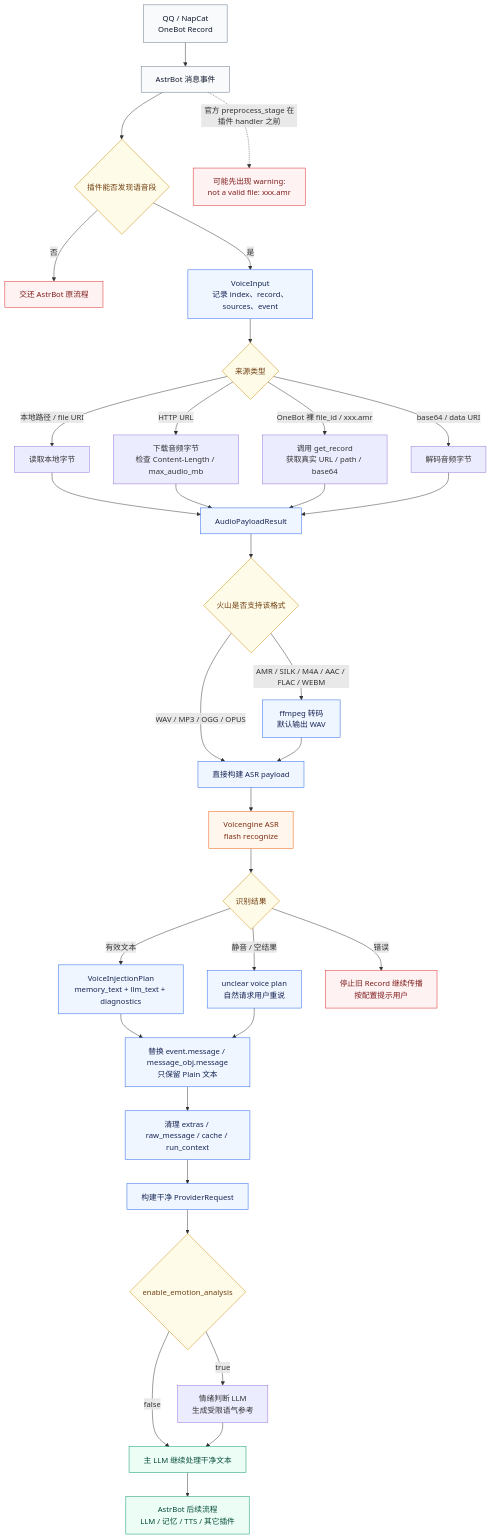
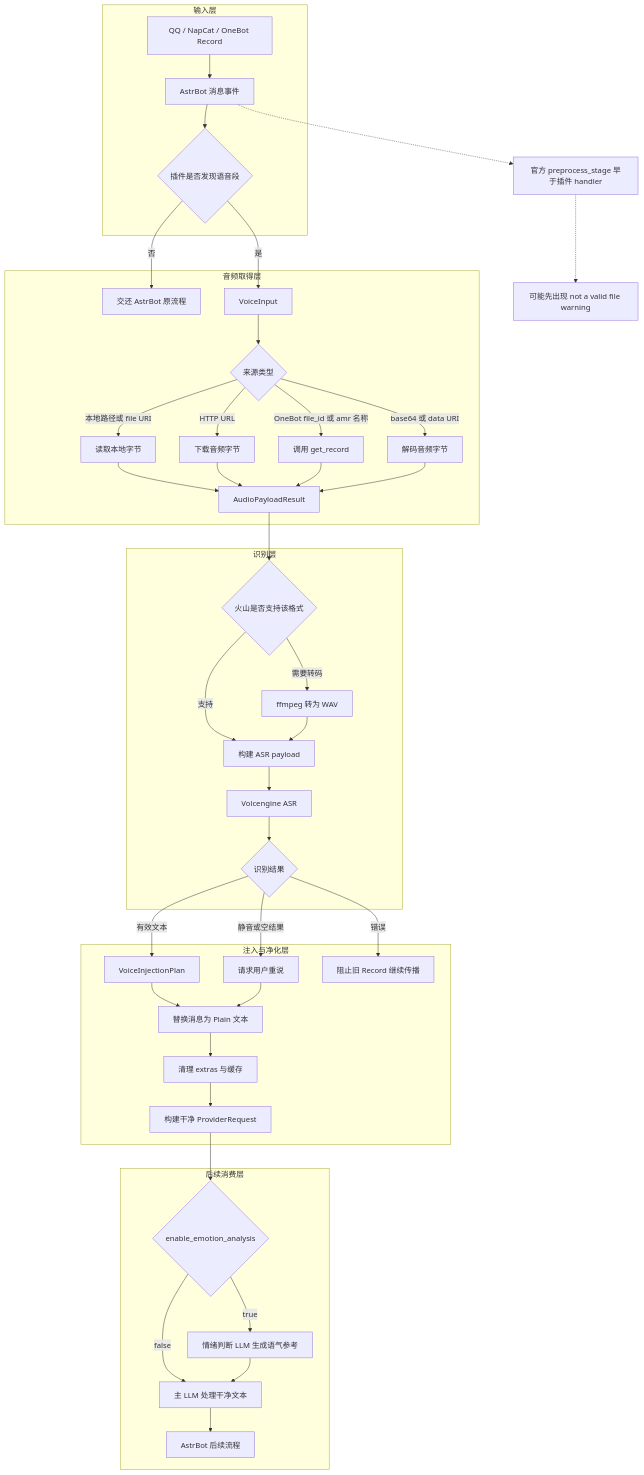
One commit to Ayleovelle/astrbot_plugin_volcengine_asr changed the first of 2 diagrams in README.md. Above: the diagram before and after it, drawn with Mermaid. The commit also changed other lines of this file and 15 other files, not shown here.

````diff
--- a/README.md
+++ b/README.md
@@ -276,54 +317,51 @@
 ```mermaid
-flowchart TB
-  classDef input fill:#f8fafc,stroke:#64748b,color:#0f172a
-  classDef plugin fill:#eff6ff,stroke:#2563eb,color:#172554
-  classDef guard fill:#fefce8,stroke:#ca8a04,color:#713f12
-  classDef external fill:#fff7ed,stroke:#ea580c,color:#7c2d12
-  classDef output fill:#ecfdf5,stroke:#059669,color:#064e3b
-  classDef risk fill:#fef2f2,stroke:#dc2626,color:#7f1d1d
+flowchart TD
+  subgraph input_layer["输入层"]
+    A["QQ / NapCat / OneBot Record"] --> B["AstrBot 消息事件"]
+    B --> C{"插件是否发现语音段"}
+  end
 
-  A["QQ / NapCat<br/>OneBot Record"] --> B["AstrBot 消息事件"]
-  B --> C{"插件能否发现语音段"}
-  C -- "否" --> R1["交还 AstrBot 原流程"]
-  C -- "是" --> D["VoiceInput<br/>记录 index、record、sources、event"]
-  D --> E{"来源类型"}
-  E -- "本地路径 / file URI" --> F["读取本地字节"]
-  E -- "HTTP URL" --> G["下载音频字节<br/>检查 Content-Length / max_audio_mb"]
-  E -- "OneBot 裸 file_id / xxx.amr" --> H["调用 get_record<br/>获取真实 URL / path / base64"]
-  E -- "base64 / data URI" --> I["解码音频字节"]
+  subgraph collect_layer["音频取得层"]
+    C -->|否| R1["交还 AstrBot 原流程"]
+    C -->|是| D["VoiceInput"]
+    D --> E{"来源类型"}
+    E -->|本地路径或 file URI| F["读取本地字节"]
+    E -->|HTTP URL| G["下载音频字节"]
+    E -->|OneBot file_id 或 amr 名称| H["调用 get_record"]
+    E -->|base64 或 data URI| I["解码音频字节"]
+    F --> J["AudioPayloadResult"]
+    G --> J
+    H --> J
+    I --> J
+  end
 
-  F --> J["AudioPayloadResult"]
-  G --> J
-  H --> J
-  I --> J
+  subgraph asr_layer["识别层"]
+    J --> K{"火山是否支持该格式"}
+    K -->|支持| L["构建 ASR payload"]
+    K -->|需要转码| M["ffmpeg 转为 WAV"]
+    M --> L
+    L --> N["Volcengine ASR"]
+    N --> O{"识别结果"}
+  end
 
-  J --> K{"火山是否支持该格式"}
-  K -- "WAV / MP3 / OGG / OPUS" --> L["直接构建 ASR payload"]
-  K -- "AMR / SILK / M4A / AAC / FLAC / WEBM" --> M["ffmpeg 转码<br/>默认输出 WAV"]
-  M --> L
+  subgraph inject_layer["注入与净化层"]
+    O -->|有效文本| P["VoiceInjectionPlan"]
+    O -->|静音或空结果| Q["请求用户重说"]
+    O -->|错误| R2["阻止旧 Record 继续传播"]
+    P --> S["替换消息为 Plain 文本"]
+    Q --> S
+    S --> T["清理 extras 与缓存"]
+    T --> U["构建干净 ProviderRequest"]
+  end
 
-  L --> N["Volcengine ASR<br/>flash recognize"]
-  N --> O{"识别结果"}
-  O -- "有效文本" --> P["VoiceInjectionPlan<br/>memory_text + llm_text + diagnostics"]
-  O -- "静音 / 空结果" --> Q["unclear voice plan<br/>自然请求用户重说"]
-  O -- "错误" --> R2["停止旧 Record 继续传播<br/>按配置提示用户"]
+  subgraph downstream_layer["后续消费层"]
+    U --> V{"enable_emotion_analysis"}
+    V -->|false| W["主 LLM 处理干净文本"]
+    V -->|true| X["情绪判断 LLM 生成语气参考"]
+    X --> W
+    W --> Y["AstrBot 后续流程"]
+  end
 
-  P --> S["替换 event.message / message_obj.message<br/>只保留 Plain 文本"]
-  Q --> S
-  S --> T["清理 extras / raw_message / cache / run_context"]
-  T --> U["构建干净 ProviderRequest"]
-  U --> V{"enable_emotion_analysis"}
-  V -- "false" --> W["主 LLM 继续处理干净文本"]
-  V -- "true" --> X["情绪判断 LLM<br/>生成受限语气参考"]
-  X --> W
-  W --> Y["AstrBot 后续流程<br/>LLM / 记忆 / TTS / 其它插件"]
-
-  B -. "官方 preprocess_stage 在插件 handler 之前" .-> R3["可能先出现 warning:<br/>not a valid file: xxx.amr"]
-
-  class A,B input
-  class D,J,L,M,P,Q,S,T,U plugin
-  class C,E,K,O,V guard
-  class N external
-  class W,Y output
-  class R1,R2,R3 risk
+  B -.-> R3["官方 preprocess_stage 早于插件 handler"]
+  R3 -.-> R4["可能先出现 not a valid file warning"]
 ```
````
